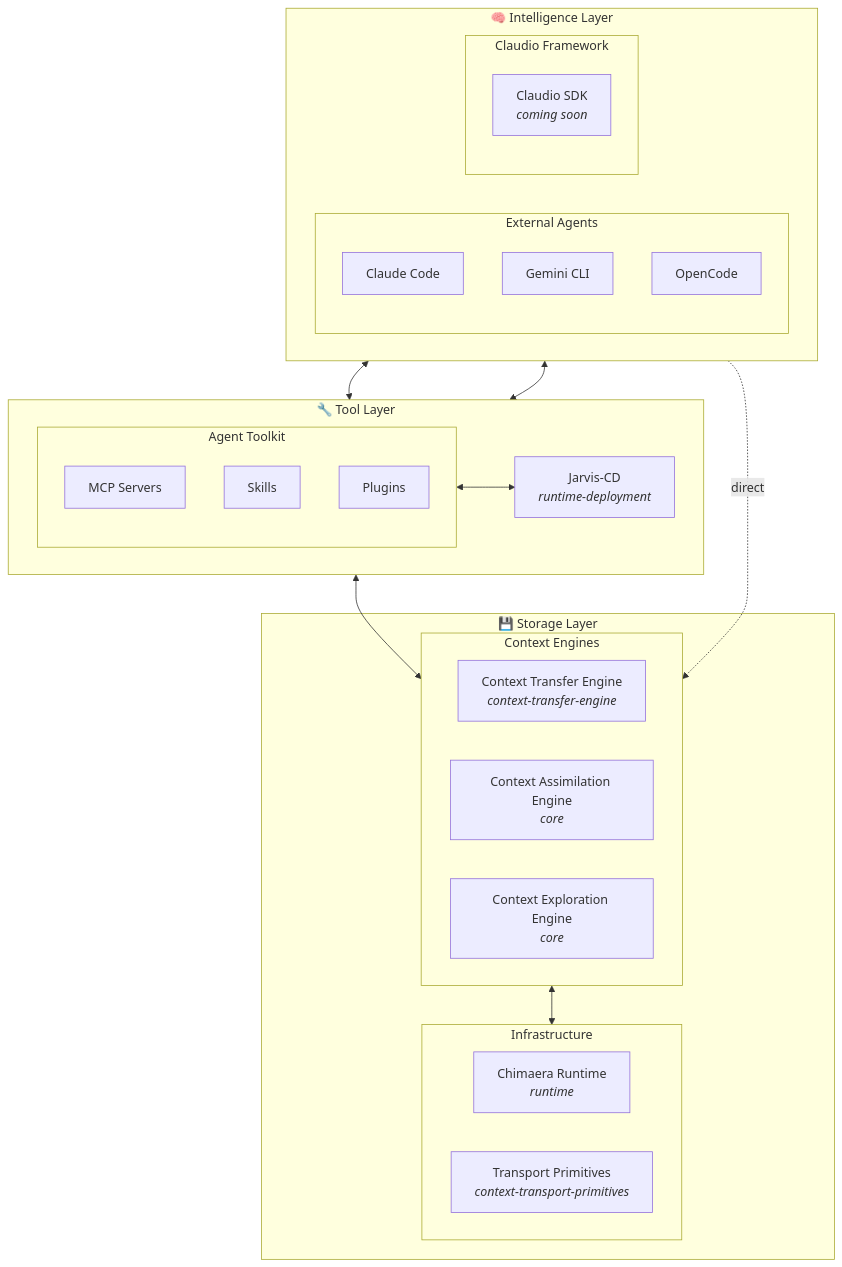
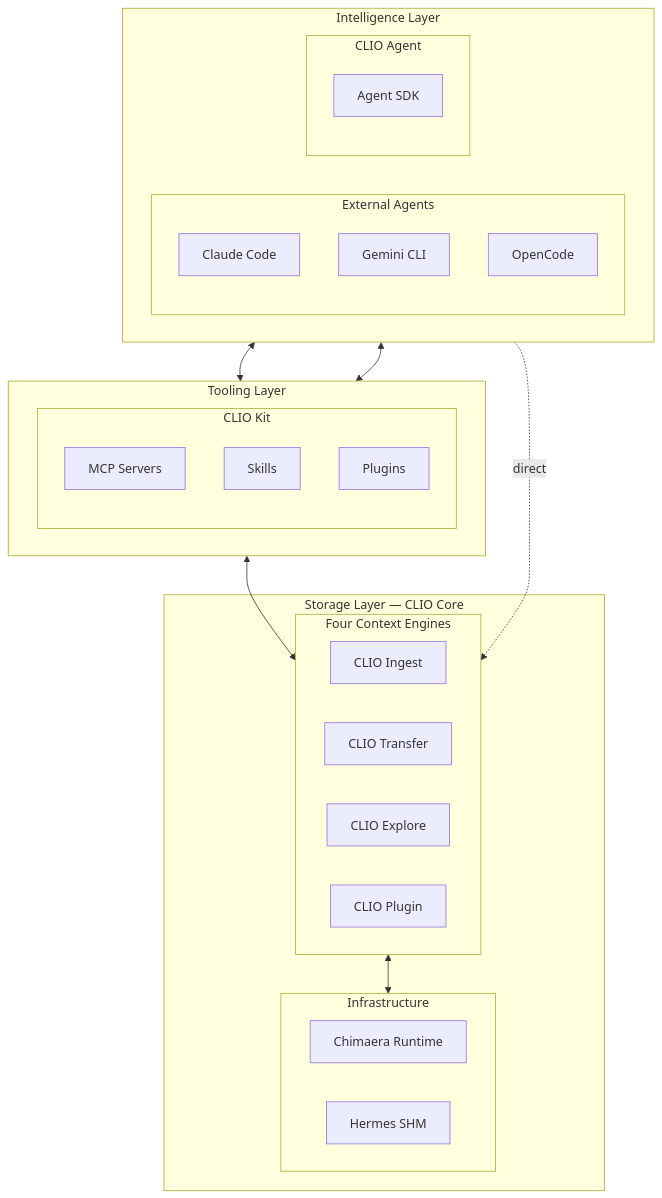
Before and after one commit to iowarp/.github: the diagram in profile/README.md, drawn with Mermaid. The commit also changed other lines of this file and 1 other file, not shown here.

First line of the commit message:
Update org profile with CLIO naming and architecture

````diff
--- a/profile/README.md
+++ b/profile/README.md
@@ -29,45 +15,44 @@
 ```mermaid
 graph TB
-    subgraph Intelligence["🧠 Intelligence Layer"]
+    subgraph Intelligence["Intelligence Layer"]
         direction LR
-        subgraph External["External Agents"]
+        subgraph ExtAgents["External Agents"]
             CC[Claude Code]
             GC[Gemini CLI]
             OC[OpenCode]
         end
-        subgraph Framework["Claudio Framework"]
-            CL[Claudio SDK<br/><i>coming soon</i>]
+        subgraph CLIOAgent["CLIO Agent"]
+            CA["Agent SDK"]
         end
     end
 
-    subgraph Tool["🔧 Tool Layer"]
+    subgraph Tooling["Tooling Layer"]
         direction LR
-        subgraph Toolkit["Agent Toolkit"]
+        subgraph CLIOKit["CLIO Kit"]
             MCP[MCP Servers]
             SK[Skills]
             PL[Plugins]
         end
-        JCD[Jarvis-CD<br/><i>runtime-deployment</i>]
     end
 
-    subgraph Storage["💾 Storage Layer"]
-        subgraph Engines["Context Engines"]
+    subgraph Storage["Storage Layer — CLIO Core"]
+        subgraph Engines["Four Context Engines"]
             direction LR
-            CTE[Context Transfer Engine<br/><i>context-transfer-engine</i>]
-            CAE[Context Assimilation Engine<br/><i>core</i>]
-            CEE[Context Exploration Engine<br/><i>core</i>]
+            Ingest["CLIO Ingest"]
+            Transfer["CLIO Transfer"]
+            Explore["CLIO Explore"]
+            Plugin["CLIO Plugin"]
         end
         subgraph Infra["Infrastructure"]
             direction LR
-            RT[Chimaera Runtime<br/><i>runtime</i>]
-            CTP[Transport Primitives<br/><i>context-transport-primitives</i>]
+            RT["Chimaera Runtime"]
+            CTP["Hermes SHM"]
         end
     end
 
-    External <--> Toolkit
-    Framework <--> Toolkit
-    Framework -.->|direct| Engines
-    Toolkit <--> Engines
-    Toolkit <--> JCD
+    ExtAgents <--> CLIOKit
+    CLIOAgent <--> CLIOKit
+    CLIOAgent -.->|direct| Engines
+    CLIOKit <--> Engines
     Engines <--> Infra
 ```
````
